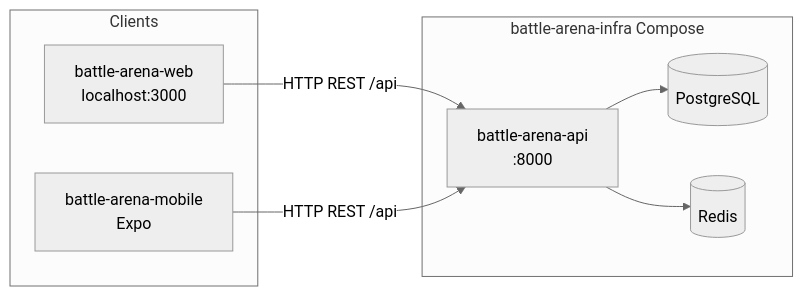
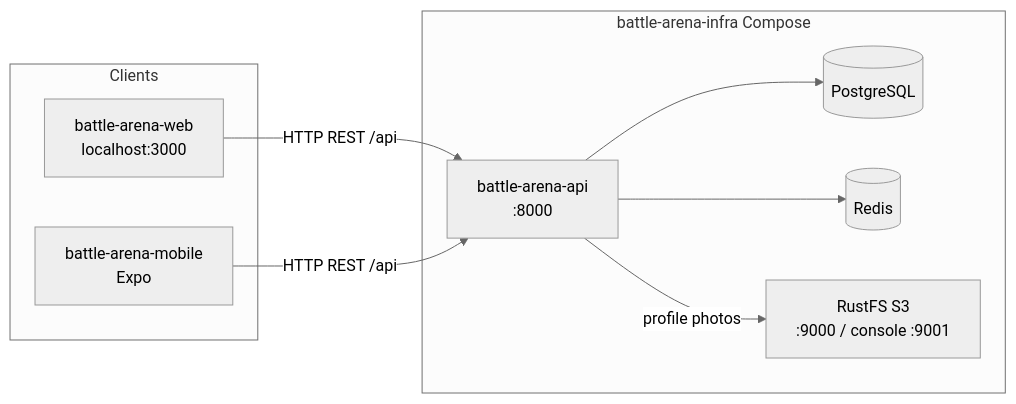
The diagram in README.md (davisa0876/battle-arena-infra), drawn with Mermaid (neutral theme) before and after one commit. The commit also changed other lines of this file and 2 other files, not shown here.

First line of the commit message:
feat: add local S3 storage with admin console for profile photos

````diff
--- a/README.md
+++ b/README.md
@@ -16,18 +16,20 @@
 ```mermaid
 flowchart LR
   subgraph clients [Clients]
     Web[battle-arena-web<br/>localhost:3000]
     Mobile[battle-arena-mobile<br/>Expo]
   end
 
   subgraph compose [battle-arena-infra Compose]
     API[battle-arena-api<br/>:8000]
     PG[(PostgreSQL)]
     Redis[(Redis)]
+    S3[RustFS S3<br/>:9000 / console :9001]
   end
 
   Web -->|HTTP REST /api| API
   Mobile -->|HTTP REST /api| API
   API --> PG
   API --> Redis
+  API -->|profile photos| S3
 ```
````
